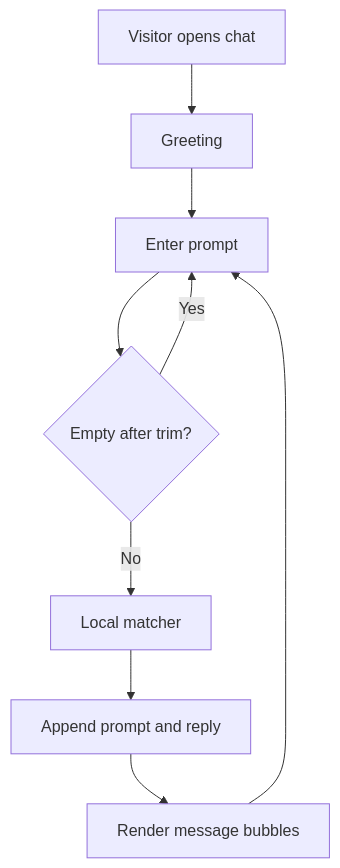
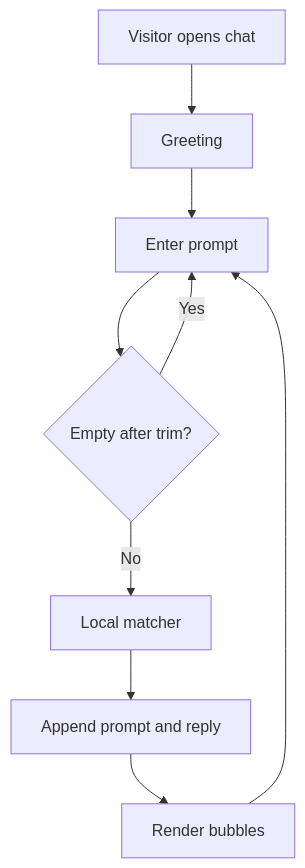
Before and after one commit to Brajesh31/chat-bot: the diagram in docs/USER_STORIES.md, drawn with Mermaid. The commit also changed other lines of this file and 21 other files, not shown here.

Commit message:
docs: add architecture, privacy, QA, operations and project resource guides

````diff
--- a/docs/USER_STORIES.md
+++ b/docs/USER_STORIES.md
@@ -19,11 +19,11 @@
 ```mermaid
 flowchart TD
  U[Visitor opens chat] --> G[Greeting]
  G --> I[Enter prompt]
  I --> V{Empty after trim?}
  V -- Yes --> I
  V -- No --> R[Local matcher]
  R --> M[Append prompt and reply]
- M --> D[Render message bubbles]
+ M --> D[Render bubbles]
  D --> I
 ```
````
